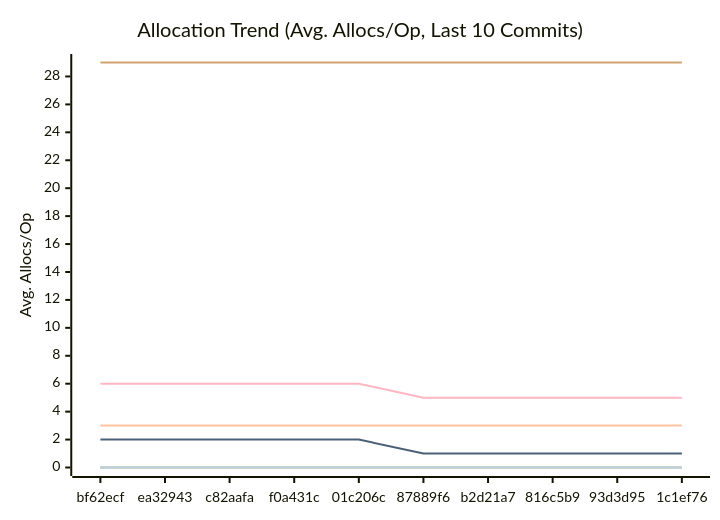
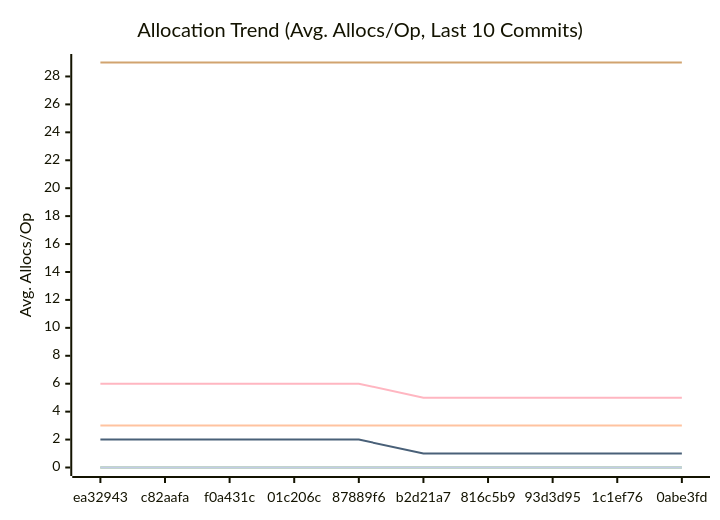
One commit to alsotoes/momo changed the third of 3 diagrams in docs/PERFORMANCE.md. Above: the diagram before and after it, drawn with Mermaid. The commit also changed other lines of this file and 2 other files, not shown here.

````diff
--- a/docs/PERFORMANCE.md
+++ b/docs/PERFORMANCE.md
@@ -114,16 +114,16 @@
 ```mermaid
 xychart-beta
     title "Allocation Trend (Avg. Allocs/Op, Last 10 Commits)"
     x-axis "Commit"
     y-axis "Avg. Allocs/Op"
-    x-axis [bf62ecf,ea32943,c82aafa,f0a431c,01c206c,87889f6,b2d21a7,816c5b9,93d3d95,1c1ef76]
+    x-axis [ea32943,c82aafa,f0a431c,01c206c,87889f6,b2d21a7,816c5b9,93d3d95,1c1ef76,0abe3fd]
     line "CheckMetricsAndSwap" [0,0,0,0,0,0,0,0,0,0]
     line "CrushOptimized" [0,0,0,0,0,0,0,0,0,0]
     line "CrushOriginal" [3,3,3,3,3,3,3,3,3,3]
     line "IndexDirectTracking" [0,0,0,0,0,0,0,0,0,0]
     line "IndexSearch" [0,0,0,0,0,0,0,0,0,0]
     line "LoadGlobalConfig" [29,29,29,29,29,29,29,29,29,29]
     line "PadString" [0,0,0,0,0,0,0,0,0,0]
     line "ParseReplicationOrder_NoPrealloc" [6,6,6,6,6,5,5,5,5,5]
     line "ParseReplicationOrder_Prealloc" [2,2,2,2,2,1,1,1,1,1]
 ```
````
